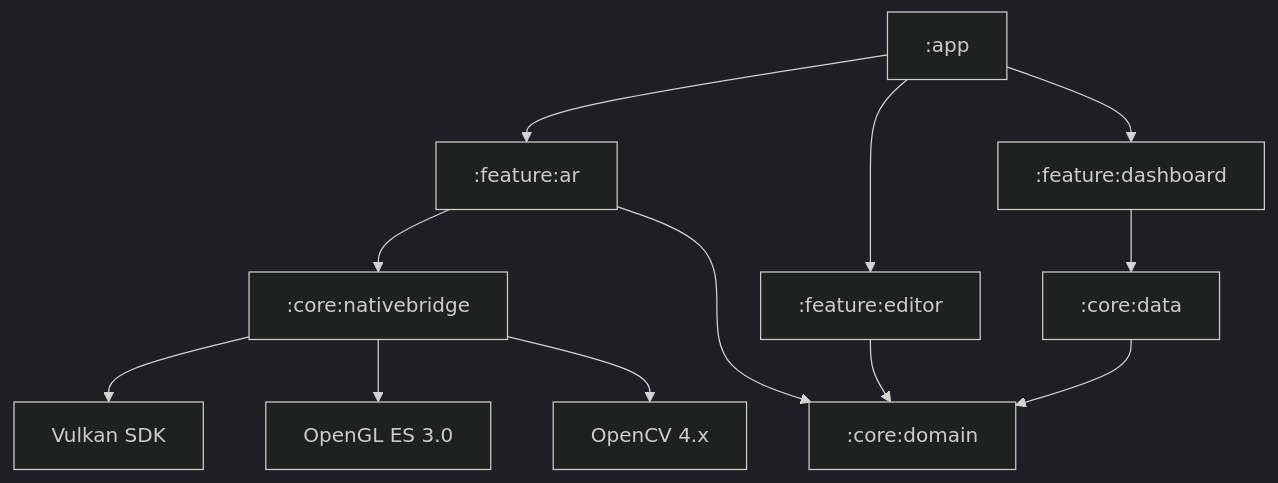
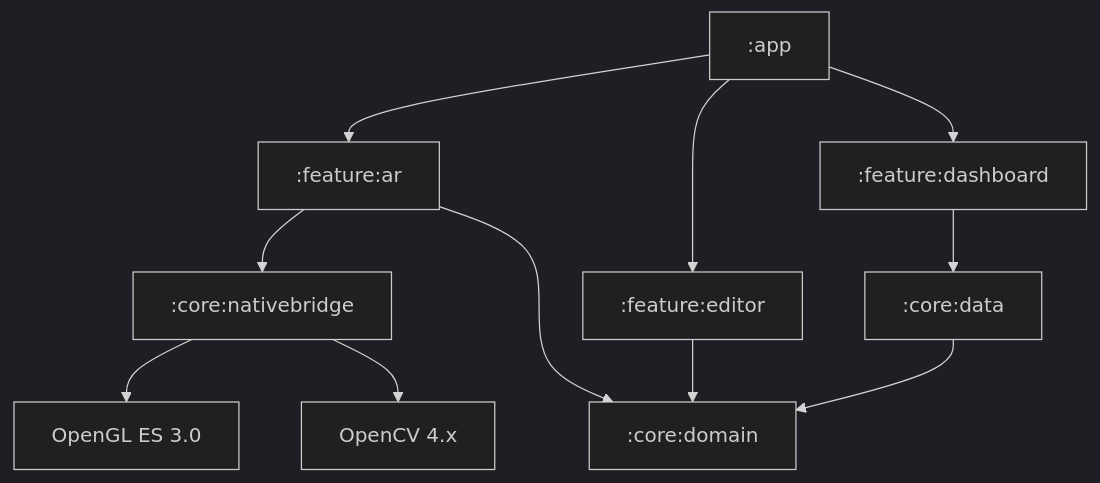
One commit to HereLiesAz/GraffitiXR changed the diagram in docs/ARCHITECTURE.md. Above: the diagram before and after it, drawn with Mermaid (dark theme). The commit also changed other lines of this file and 9 other files, not shown here.

Commit message:
Update architecture documentation and README to reflect migration from Vulkan to OpenGL ES for SLAM rendering and consolidation into a single GL render path.

````diff
--- a/docs/ARCHITECTURE.md
+++ b/docs/ARCHITECTURE.md
@@ -7,16 +7,15 @@
 ```mermaid
 graph TD
     App[":app"] --> FeatureAR[":feature:ar"]
     App --> FeatureEditor[":feature:editor"]
     App --> FeatureDash[":feature:dashboard"]
 
     FeatureAR --> CoreNative[":core:nativebridge"]
     FeatureAR --> CoreDomain[":core:domain"]
     FeatureEditor --> CoreDomain
     FeatureDash --> CoreData[":core:data"]
 
-    CoreNative --> Vulkan[Vulkan SDK]
     CoreNative --> GLES[OpenGL ES 3.0]
     CoreNative --> OpenCV[OpenCV 4.x]
     CoreData --> CoreDomain
 ```
````
